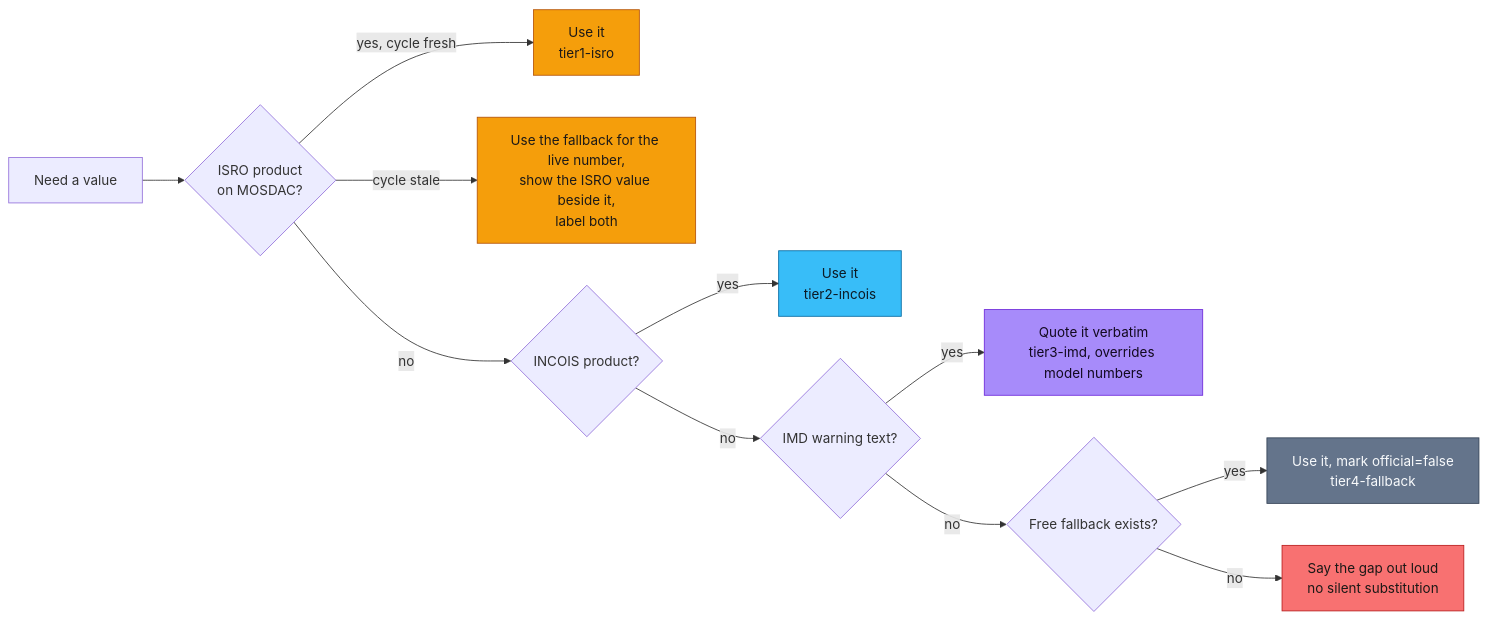
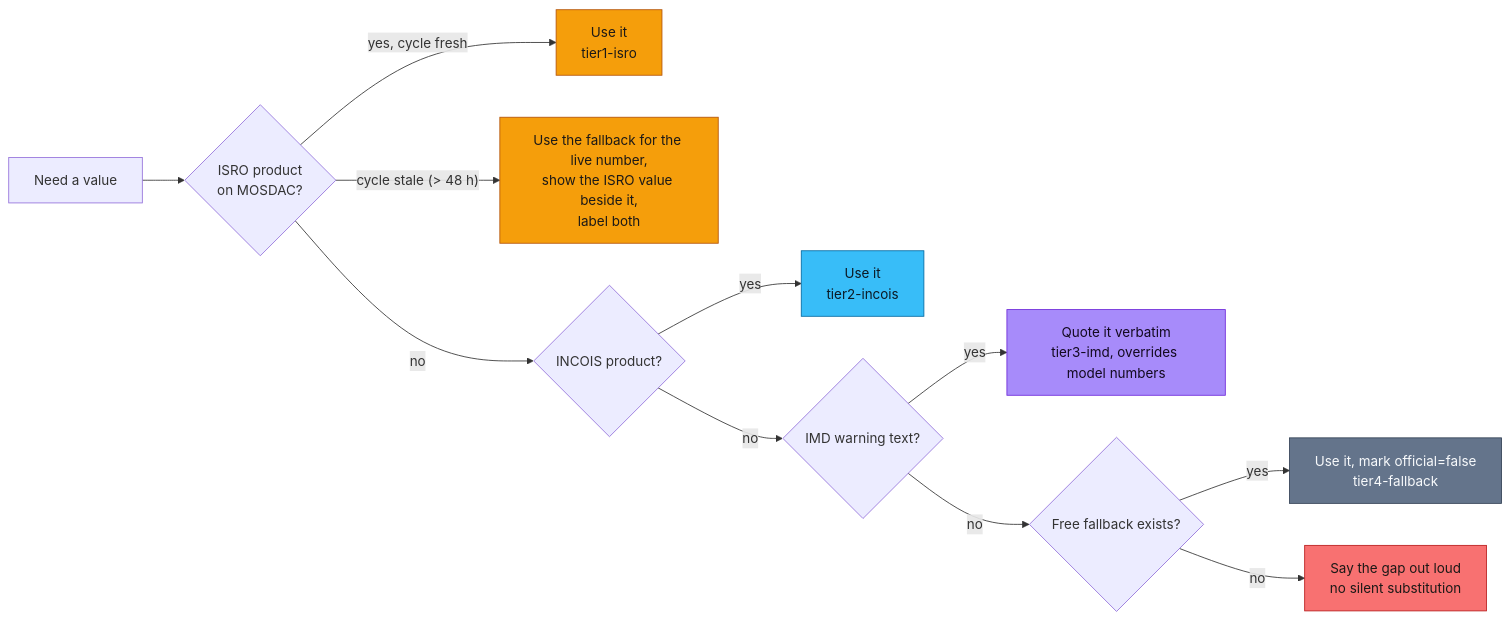
Before and after one commit to mithun50/ORCA: the fifth of 12 diagrams in docs/ARCHITECTURE.md, drawn with Mermaid. The commit also changed other lines of this file and 27 other files, not shown here.

````diff
--- a/docs/ARCHITECTURE.md
+++ b/docs/ARCHITECTURE.md
@@ -215,24 +283,24 @@
 ```mermaid
 flowchart LR
     NEED["Need a value"] --> T1{"ISRO product<br/>on MOSDAC?"}
     T1 -->|yes, cycle fresh| USE1["Use it<br/>tier1-isro"]
-    T1 -->|"cycle stale"| BOTH["Use the fallback for the live number,<br/>show the ISRO value beside it,<br/>label both"]
+    T1 -->|"cycle stale (> 48 h)"| BOTH["Use the fallback for the live number,<br/>show the ISRO value beside it,<br/>label both"]
     T1 -->|no| T2{"INCOIS product?"}
     T2 -->|yes| USE2["Use it<br/>tier2-incois"]
     T2 -->|no| T3{"IMD warning text?"}
     T3 -->|yes| USE3["Quote it verbatim<br/>tier3-imd, overrides model numbers"]
     T3 -->|no| T4{"Free fallback exists?"}
     T4 -->|yes| USE4["Use it, mark official=false<br/>tier4-fallback"]
     T4 -->|no| GAP["Say the gap out loud<br/>no silent substitution"]
 
     classDef isro fill:#f59e0b,stroke:#b45309,color:#1c1917
     classDef incois fill:#38bdf8,stroke:#0369a1,color:#0c1a25
     classDef imd fill:#a78bfa,stroke:#6d28d9,color:#12091f
     classDef fb fill:#64748b,stroke:#334155,color:#f8fafc
     classDef gap fill:#f87171,stroke:#b91c1c,color:#1c1917
     class USE1,BOTH isro
     class USE2 incois
     class USE3 imd
     class USE4 fb
     class GAP gap
 ```
````
